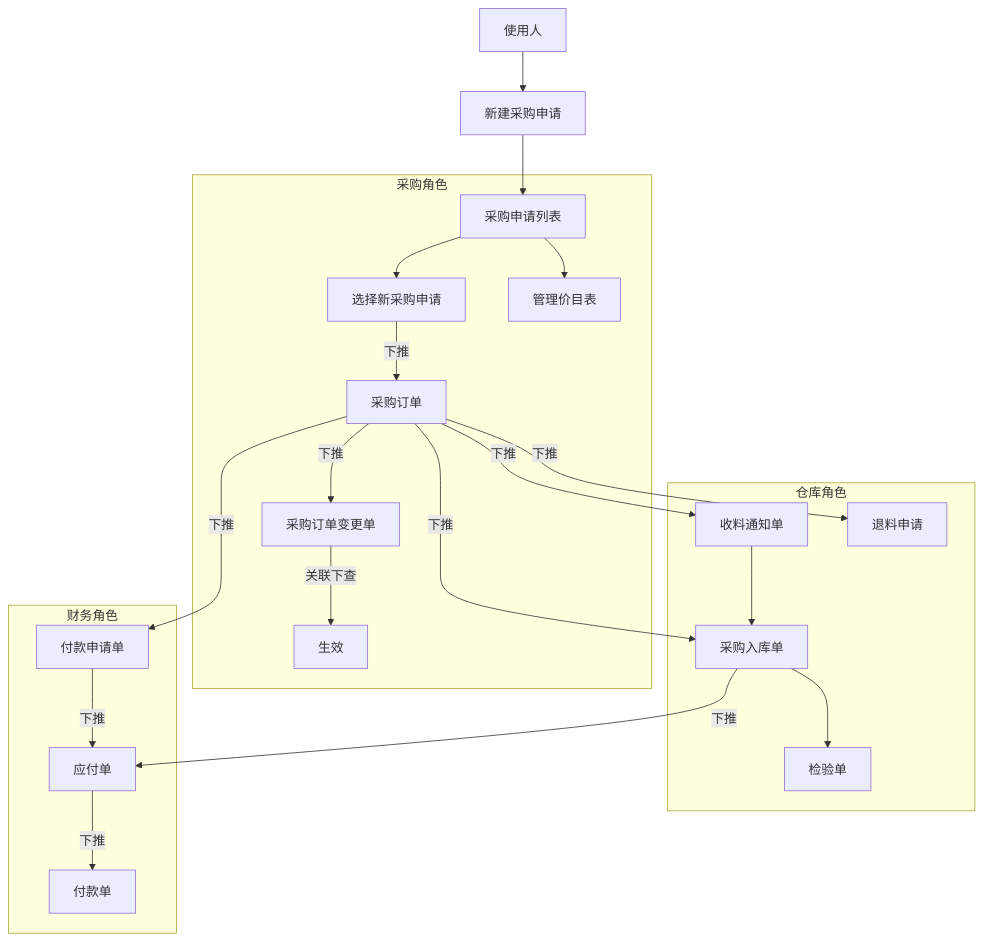
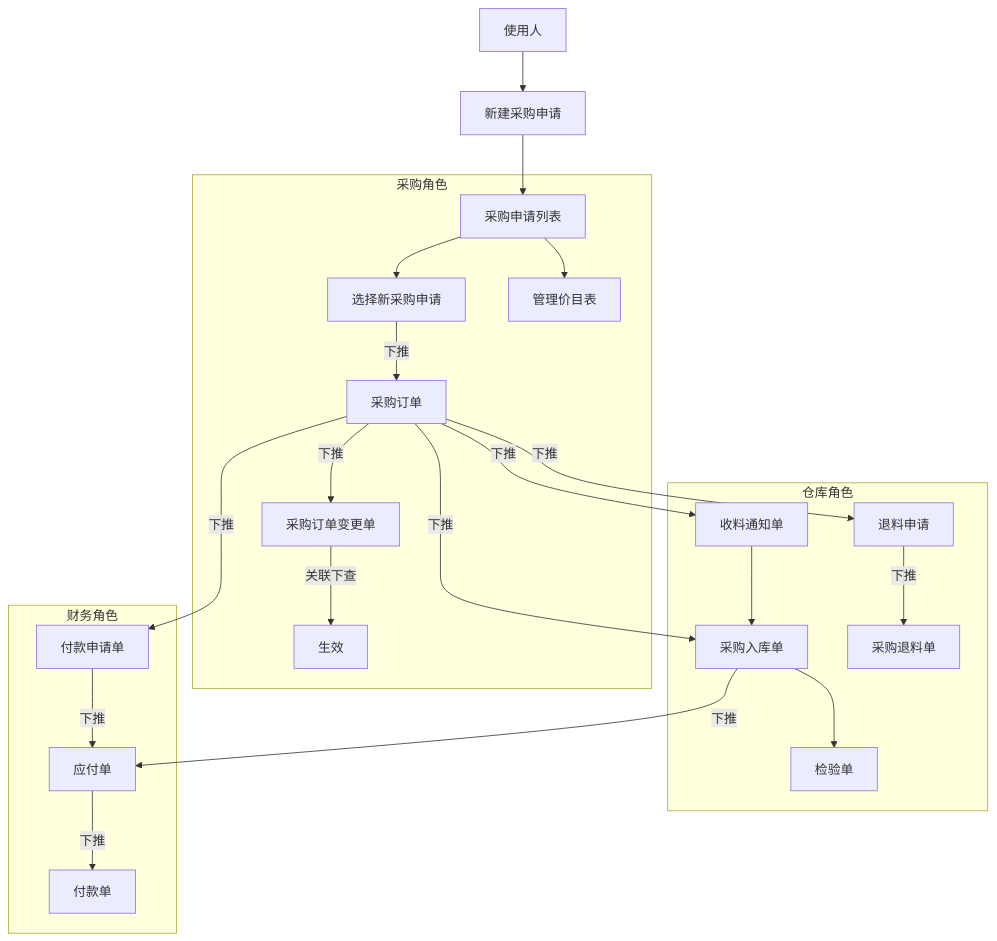
Before and after one commit to jack2nb/Files: the second of 2 diagrams in src/erp/角色与业务流.md, drawn with Mermaid. The commit also changed other lines of this file and 3 other files, not shown here.

````diff
--- a/src/erp/角色与业务流.md
+++ b/src/erp/角色与业务流.md
@@ -35,26 +37,26 @@
 ```mermaid
 graph TB;
  
 使用人-->新建采购申请
 新建采购申请--> 采购申请列表
 
 subgraph 采购角色
 采购申请列表 -->选择新采购申请--下推-->采购订单
 采购申请列表 -->管理价目表
 采购订单--下推-->采购订单变更单--关联下查-->生效
 
 end
 subgraph 仓库角色
 采购订单--下推-->收料通知单
 采购订单--下推-->采购入库单
-采购订单--下推-->退料申请
+采购订单--下推-->退料申请--下推-->采购退料单
 收料通知单-->采购入库单
 采购入库单-->检验单
 end
 subgraph 财务角色
 采购入库单--下推-->应付单
 采购订单--下推-->付款申请单
 付款申请单--下推-->应付单--下推-->付款单
 end
  
 ```
````
